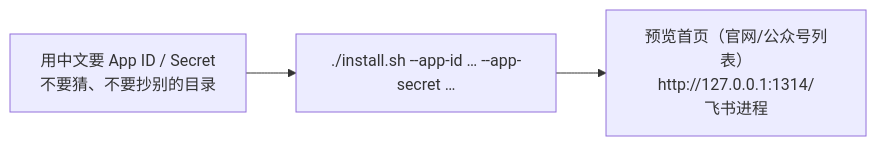
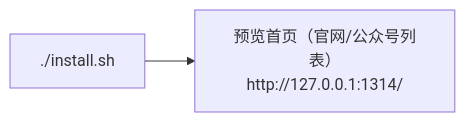
Before and after one commit to dinghongfei/xiaoqi: the first of 2 diagrams in AGENTS.md, drawn with Mermaid. The commit also changed other lines of this file and 64 other files, not shown here.

````diff
--- a/AGENTS.md
+++ b/AGENTS.md
@@ -37,5 +33,4 @@
 ```mermaid
 flowchart LR
-  ask["用中文要 App ID / Secret<br/>不要猜、不要抄别的目录"] --> run["./install.sh --app-id … --app-secret …"]
-  run --> ready["预览首页（官网/公众号列表）<br/>http://127.0.0.1:1314/<br/>飞书进程"]
+  run["./install.sh"] --> ready["预览首页（官网/公众号列表）<br/>http://127.0.0.1:1314/"]
 ```
````
